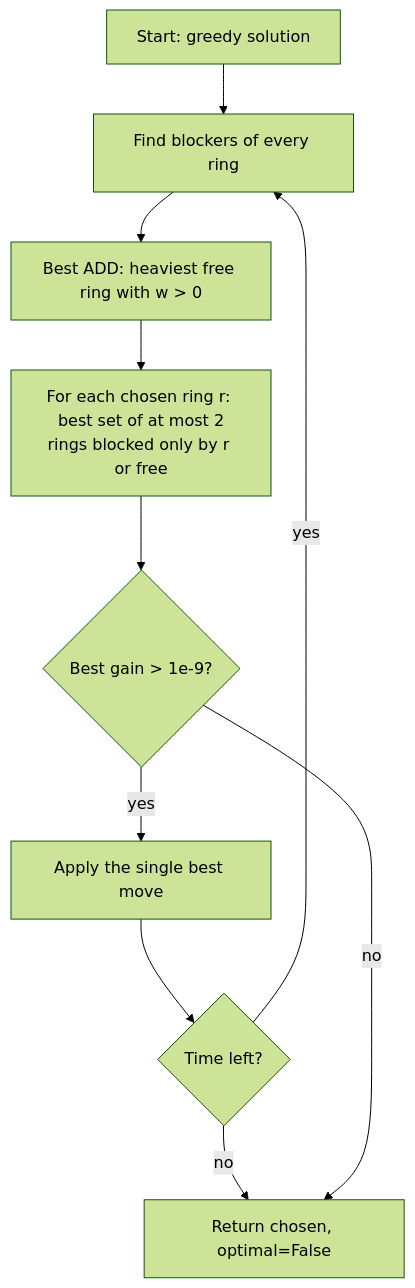
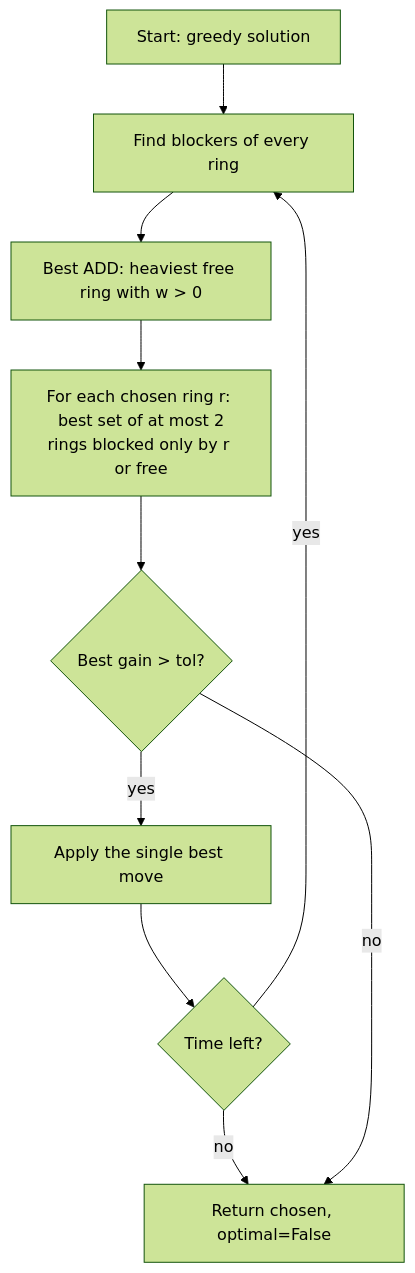
The second of 3 diagrams in docs/design/heuristics.md (Vasumitra-Gajbhiye/DonorBridge), drawn with Mermaid (forest theme) before and after one commit. The commit also changed other lines of this file and 4 other files, not shown here.

````diff
--- a/docs/design/heuristics.md
+++ b/docs/design/heuristics.md
@@ -182,12 +189,12 @@
 ```mermaid
 flowchart TD
     A[Start: greedy solution] --> B[Find blockers of every ring]
     B --> C[Best ADD: heaviest free ring with w > 0]
     C --> D[For each chosen ring r: best set of at most 2<br/>rings blocked only by r or free]
-    D --> E{Best gain > 1e-9?}
+    D --> E{Best gain > tol?}
     E -- yes --> F[Apply the single best move]
     F --> G{Time left?}
     G -- yes --> B
     G -- no --> H[Return chosen, optimal=False]
     E -- no --> H
 ```
````
